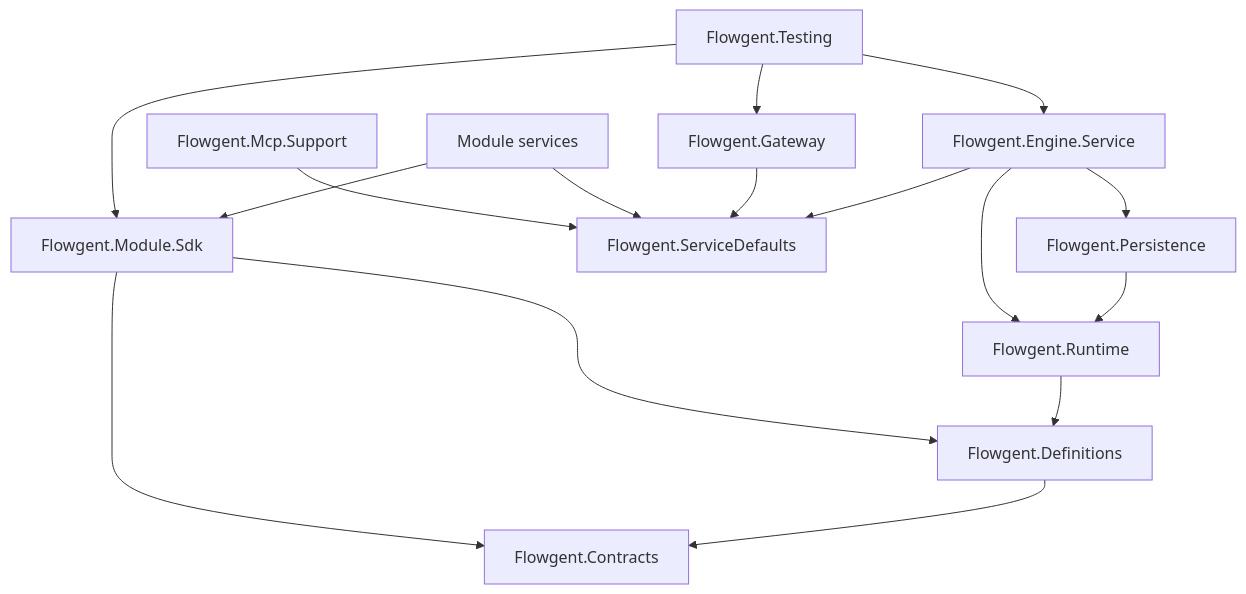
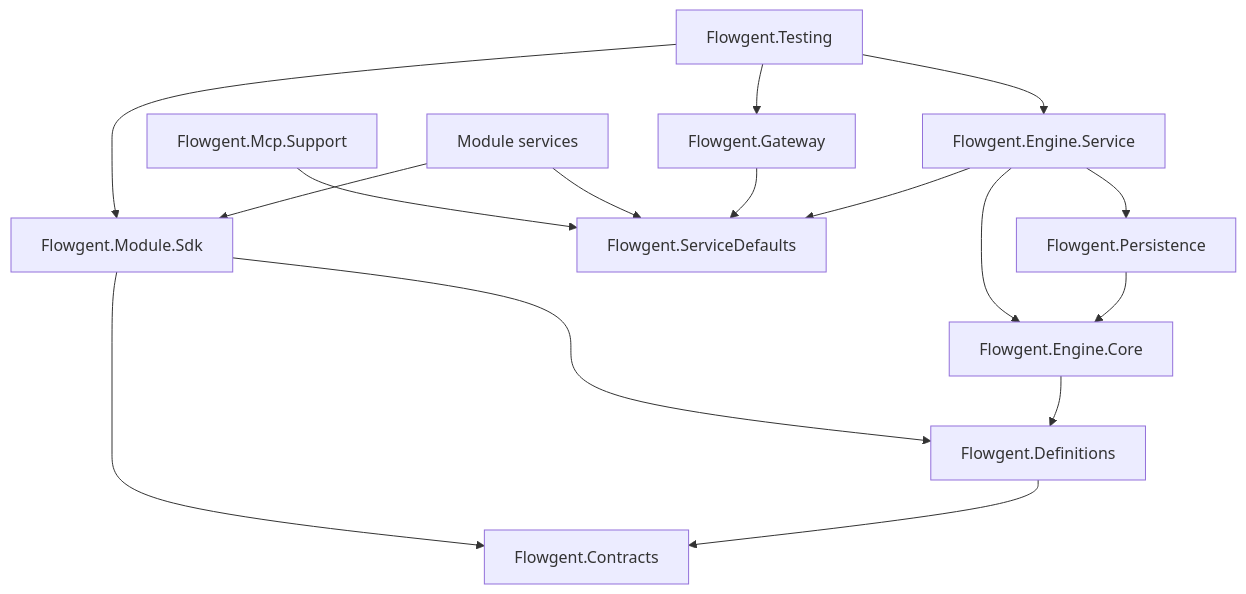
Before and after one commit to GabrieleTronchin/Flowgent: the second of 2 diagrams in docs/architecture.md, drawn with Mermaid. The commit also changed other lines of this file and 127 other files, not shown here.

First line of the commit message:
Rename Flowgent.Runtime to Flowgent.Engine.Core

````diff
--- a/docs/architecture.md
+++ b/docs/architecture.md
@@ -109,13 +109,13 @@
 ```mermaid
 graph TD
     Contracts[Flowgent.Contracts]
     Definitions[Flowgent.Definitions] --> Contracts
-    Runtime[Flowgent.Runtime] --> Definitions
+    Runtime[Flowgent.Engine.Core] --> Definitions
     Persistence[Flowgent.Persistence] --> Runtime
     EngineSvc[Flowgent.Engine.Service] --> Runtime & Persistence & Defaults
     Gateway[Flowgent.Gateway] --> Defaults[Flowgent.ServiceDefaults]
     Sdk[Flowgent.Module.Sdk] --> Contracts & Definitions
     Modules[Module services] --> Sdk & Defaults
     McpSupport[Flowgent.Mcp.Support] --> Defaults
     Testing[Flowgent.Testing] --> EngineSvc & Gateway & Sdk
 ```
````
